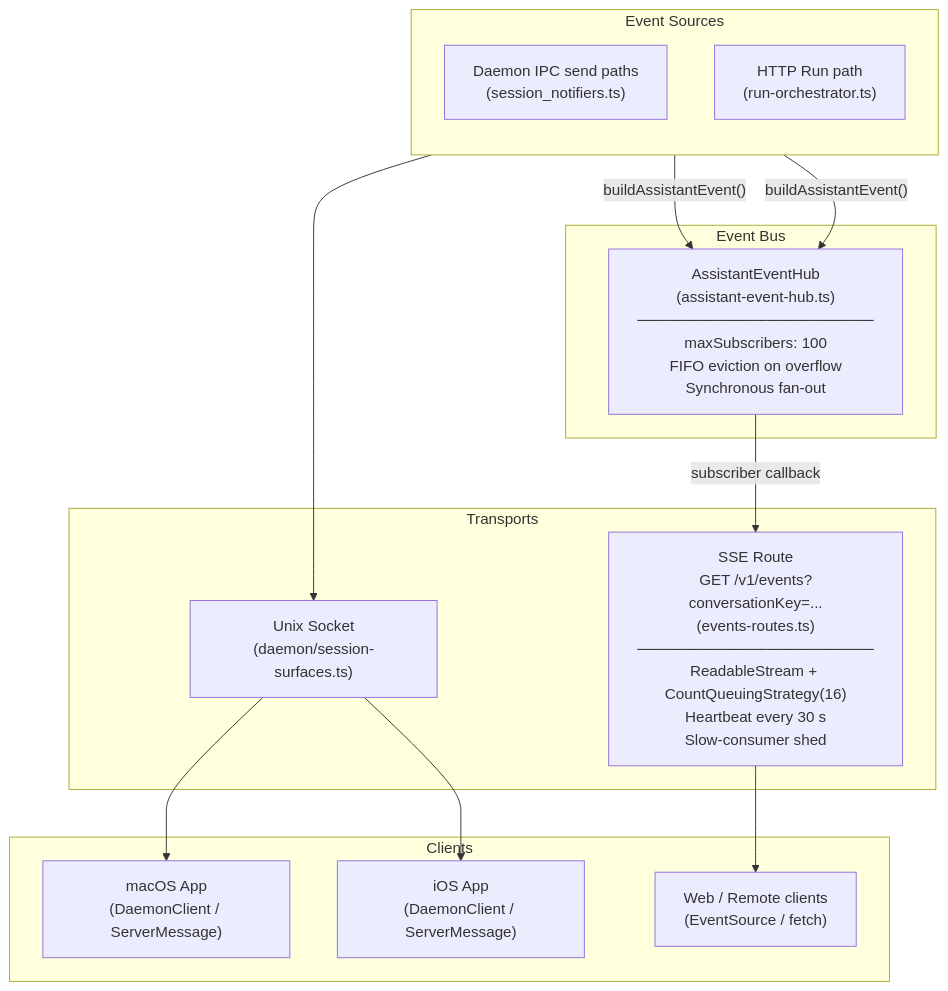
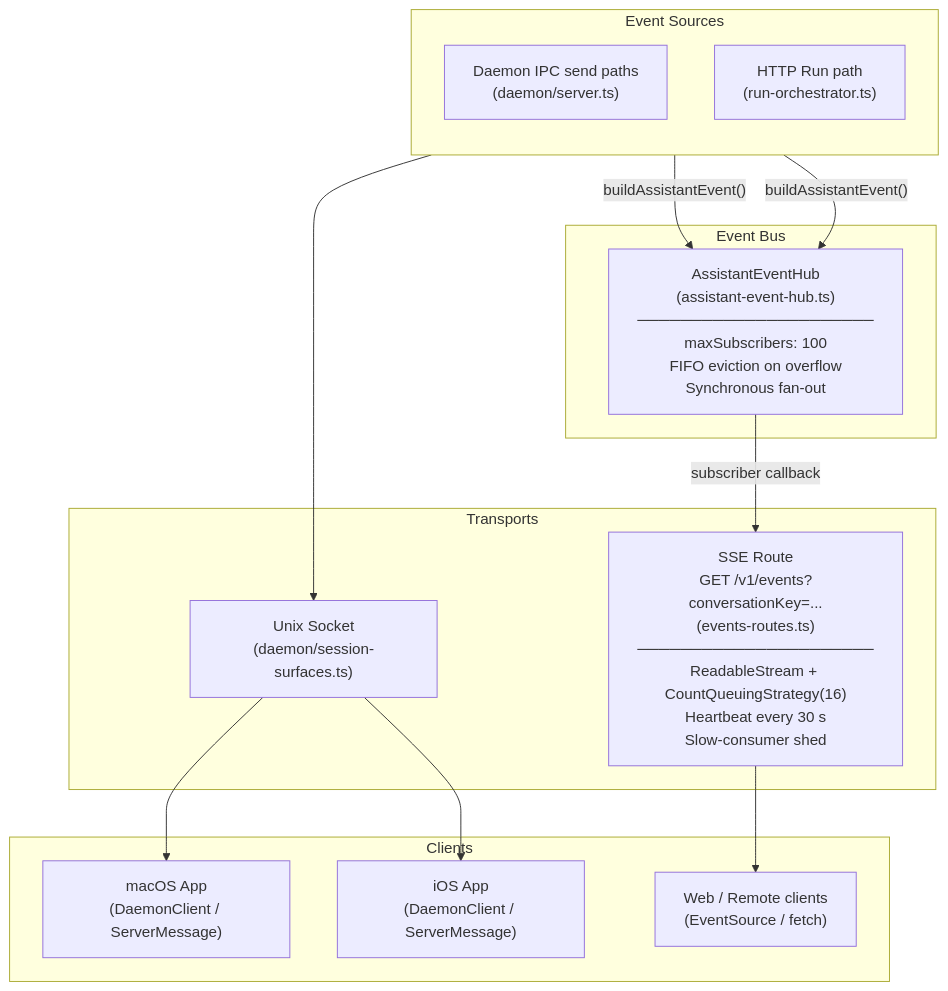
One commit to vellum-ai/vellum-assistant changed diagram 49 of 49 in ARCHITECTURE.md. Above: the diagram before and after it, drawn with Mermaid. The commit also changed 1 other file, not shown here.

Commit message:
Address review feedback
- Document BASE_DATA_DIR effect on http-token path in README auth section
- Fix Mermaid diagram: session_notifiers.ts → daemon/server.ts (consistent with source file table)

````diff
--- a/ARCHITECTURE.md
+++ b/ARCHITECTURE.md
@@ -3730,33 +3730,33 @@
 ```mermaid
 graph TB
     subgraph "Event Sources"
         direction TB
-        IPC_DAEMON["Daemon IPC send paths<br/>(session_notifiers.ts)"]
+        IPC_DAEMON["Daemon IPC send paths<br/>(daemon/server.ts)"]
         HTTP_RUN["HTTP Run path<br/>(run-orchestrator.ts)"]
     end
 
     subgraph "Event Bus"
         HUB["AssistantEventHub<br/>(assistant-event-hub.ts)<br/>──────────────────────<br/>maxSubscribers: 100<br/>FIFO eviction on overflow<br/>Synchronous fan-out"]
     end
 
     subgraph "Transports"
         SSE_ROUTE["SSE Route<br/>GET /v1/events?conversationKey=...<br/>(events-routes.ts)<br/>──────────────────────<br/>ReadableStream + CountQueuingStrategy(16)<br/>Heartbeat every 30 s<br/>Slow-consumer shed"]
         SOCK["Unix Socket<br/>(daemon/session-surfaces.ts)"]
     end
 
     subgraph "Clients"
         MACOS["macOS App<br/>(DaemonClient / ServerMessage)"]
         IOS["iOS App<br/>(DaemonClient / ServerMessage)"]
         WEB["Web / Remote clients<br/>(EventSource / fetch)"]
     end
 
     IPC_DAEMON -->|"buildAssistantEvent()"| HUB
     HTTP_RUN -->|"buildAssistantEvent()"| HUB
     IPC_DAEMON --> SOCK
 
     HUB -->|"subscriber callback"| SSE_ROUTE
 
     SOCK --> MACOS
     SOCK --> IOS
     SSE_ROUTE --> WEB
 ```
````
